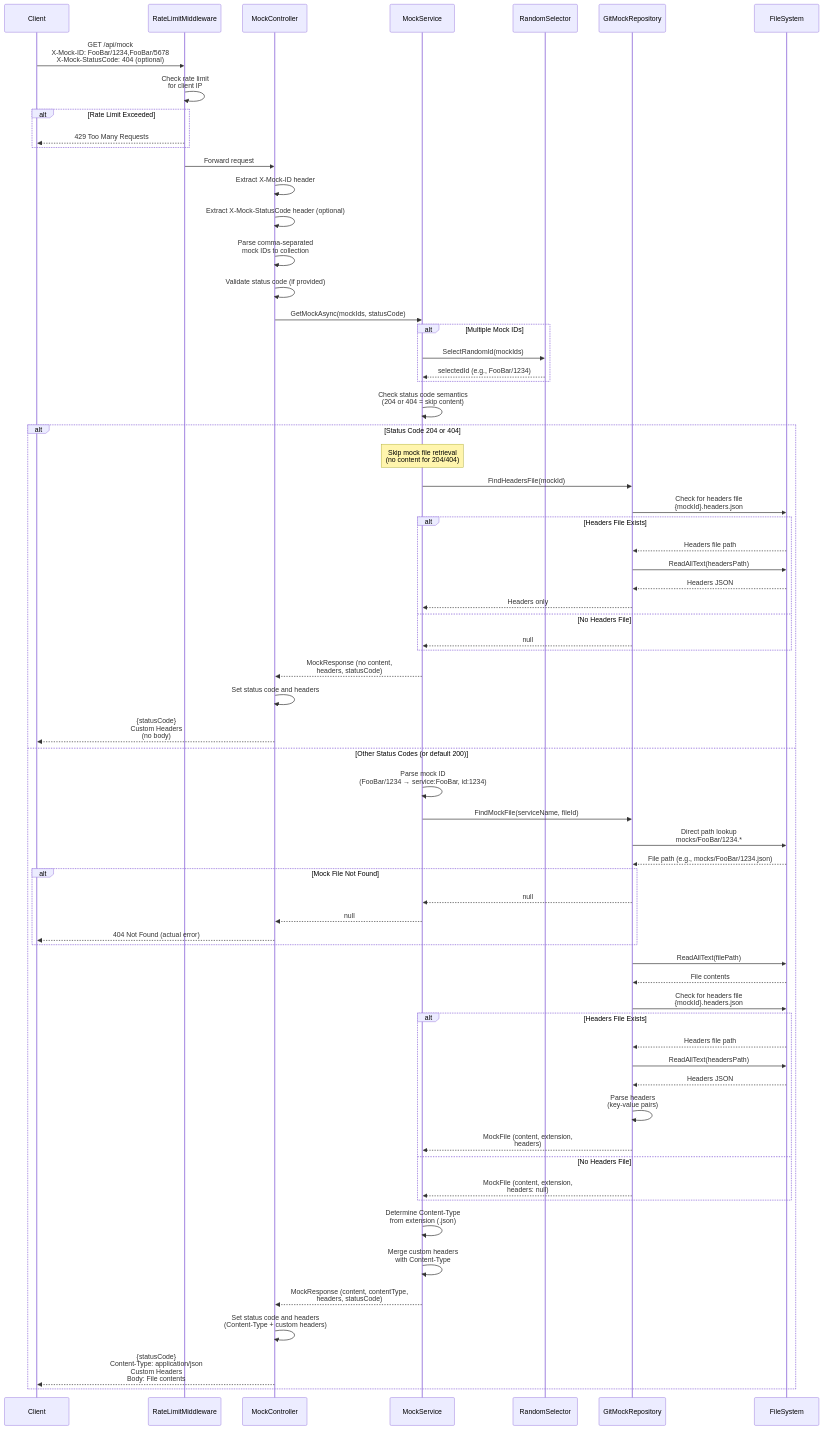
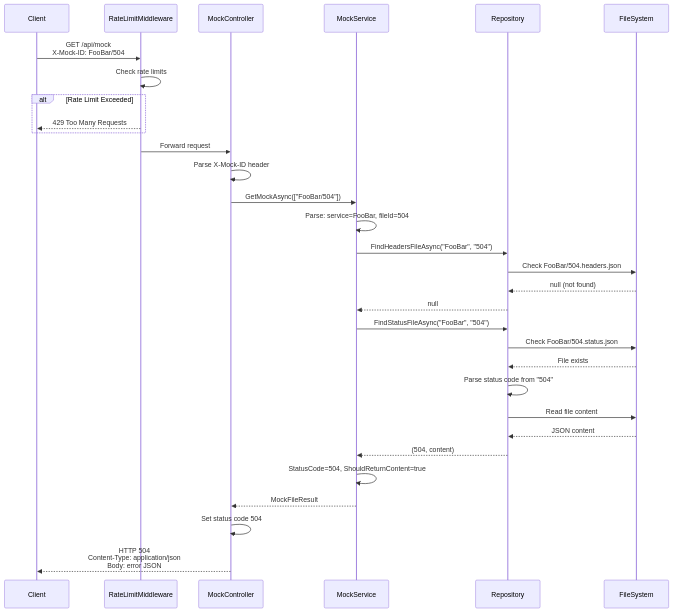
The third of 4 diagrams in .docs/mockery-design.md (busadave13/Mockery), drawn with Mermaid before and after one commit. The commit also changed other lines of this file, not shown here.

````diff
--- a/.docs/mockery-design.md
+++ b/.docs/mockery-design.md
@@ -1287,83 +1047,40 @@
 ```mermaid
 sequenceDiagram
     participant Client
-    participant RateLimitMiddleware
-    participant MockController
-    participant MockService
-    participant RandomSelector
-    participant GitMockRepository
-    participant FileSystem
+    participant RateLimit as RateLimitMiddleware
+    participant Controller as MockController
+    participant Service as MockService
+    participant Repo as Repository
+    participant FS as FileSystem
 
-    Client->>RateLimitMiddleware: GET /api/mock<br/>X-Mock-ID: FooBar/1234,FooBar/5678<br/>X-Mock-StatusCode: 404 (optional)
-    RateLimitMiddleware->>RateLimitMiddleware: Check rate limit<br/>for client IP
-
+    Client->>RateLimit: GET /api/mock<br/>X-Mock-ID: FooBar/504
+    RateLimit->>RateLimit: Check rate limits
+    
     alt Rate Limit Exceeded
-        RateLimitMiddleware-->>Client: 429 Too Many Requests
+        RateLimit-->>Client: 429 Too Many Requests
     end
 
-    RateLimitMiddleware->>MockController: Forward request
-    MockController->>MockController: Extract X-Mock-ID header
-    MockController->>MockController: Extract X-Mock-StatusCode header (optional)
-    MockController->>MockController: Parse comma-separated<br/>mock IDs to collection
-    MockController->>MockController: Validate status code (if provided)
-    MockController->>MockService: GetMockAsync(mockIds, statusCode)
+    RateLimit->>Controller: Forward request
+    Controller->>Controller: Parse X-Mock-ID header
+    Controller->>Service: GetMockAsync(["FooBar/504"])
 
-    alt Multiple Mock IDs
-        MockService->>RandomSelector: SelectRandomId(mockIds)
-        RandomSelector-->>MockService: selectedId (e.g., FooBar/1234)
-    end
+    Service->>Service: Parse: service=FooBar, fileId=504
+    Service->>Repo: FindHeadersFileAsync("FooBar", "504")
+    Repo->>FS: Check FooBar/504.headers.json
+    FS-->>Repo: null (not found)
+    Repo-->>Service: null
 
-    MockService->>MockService: Check status code semantics<br/>(204 or 404 = skip content)
+    Service->>Repo: FindStatusFileAsync("FooBar", "504")
+    Repo->>FS: Check FooBar/504.status.json
+    FS-->>Repo: File exists
+    Repo->>Repo: Parse status code from "504"
+    Repo->>FS: Read file content
+    FS-->>Repo: JSON content
+    Repo-->>Service: (504, content)
 
-    alt Status Code 204 or 404
-        Note over MockService: Skip mock file retrieval<br/>(no content for 204/404)
-        MockService->>GitMockRepository: FindHeadersFile(mockId)
-        GitMockRepository->>FileSystem: Check for headers file<br/>{mockId}.headers.json
+    Service->>Service: StatusCode=504, ShouldReturnContent=true
+    Service-->>Controller: MockFileResult
 
-        alt Headers File Exists
-            FileSystem-->>GitMockRepository: Headers file path
-            GitMockRepository->>FileSystem: ReadAllText(headersPath)
-            FileSystem-->>GitMockRepository: Headers JSON
-            GitMockRepository-->>MockService: Headers only
-        else No Headers File
-            GitMockRepository-->>MockService: null
-        end
-
-        MockService-->>MockController: MockResponse (no content,<br/>headers, statusCode)
-        MockController->>MockController: Set status code and headers
-        MockController-->>Client: {statusCode}<br/>Custom Headers<br/>(no body)
-    else Other Status Codes (or default 200)
-        MockService->>MockService: Parse mock ID<br/>(FooBar/1234 → service:FooBar, id:1234)
-        MockService->>GitMockRepository: FindMockFile(serviceName, fileId)
-        GitMockRepository->>FileSystem: Direct path lookup<br/>mocks/FooBar/1234.*
-        FileSystem-->>GitMockRepository: File path (e.g., mocks/FooBar/1234.json)
-
-        alt Mock File Not Found
-            GitMockRepository-->>MockService: null
-            MockService-->>MockController: null
-            MockController-->>Client: 404 Not Found (actual error)
-        end
-
-        GitMockRepository->>FileSystem: ReadAllText(filePath)
-        FileSystem-->>GitMockRepository: File contents
-
-        GitMockRepository->>FileSystem: Check for headers file<br/>{mockId}.headers.json
-
-        alt Headers File Exists
-            FileSystem-->>GitMockRepository: Headers file path
-            GitMockRepository->>FileSystem: ReadAllText(headersPath)
-            FileSystem-->>GitMockRepository: Headers JSON
-            GitMockRepository->>GitMockRepository: Parse headers<br/>(key-value pairs)
-            GitMockRepository-->>MockService: MockFile (content, extension,<br/>headers)
-        else No Headers File
-            GitMockRepository-->>MockService: MockFile (content, extension,<br/>headers: null)
-        end
-
-        MockService->>MockService: Determine Content-Type<br/>from extension (.json)
-        MockService->>MockService: Merge custom headers<br/>with Content-Type
-        MockService-->>MockController: MockResponse (content, contentType,<br/>headers, statusCode)
-
-        MockController->>MockController: Set status code and headers<br/>(Content-Type + custom headers)
-        MockController-->>Client: {statusCode}<br/>Content-Type: application/json<br/>Custom Headers<br/>Body: File contents
-    end
+    Controller->>Controller: Set status code 504
+    Controller-->>Client: HTTP 504<br/>Content-Type: application/json<br/>Body: error JSON
 ```
````
